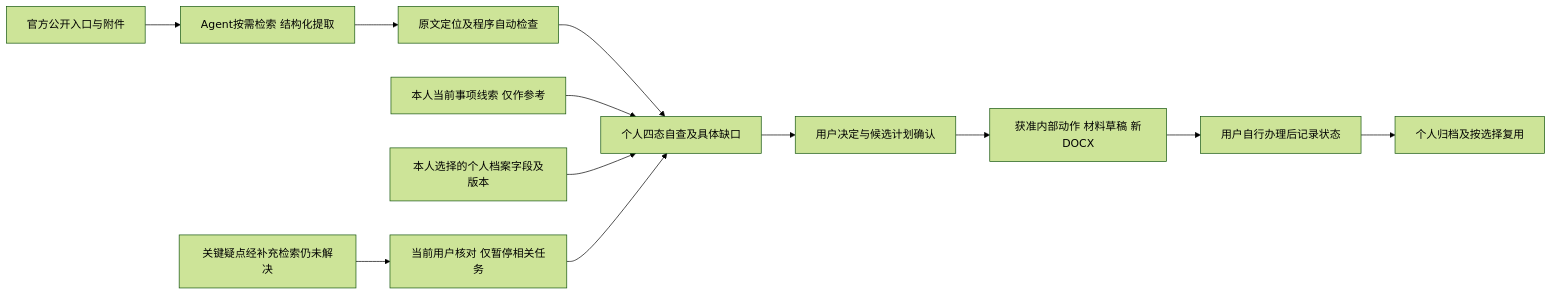
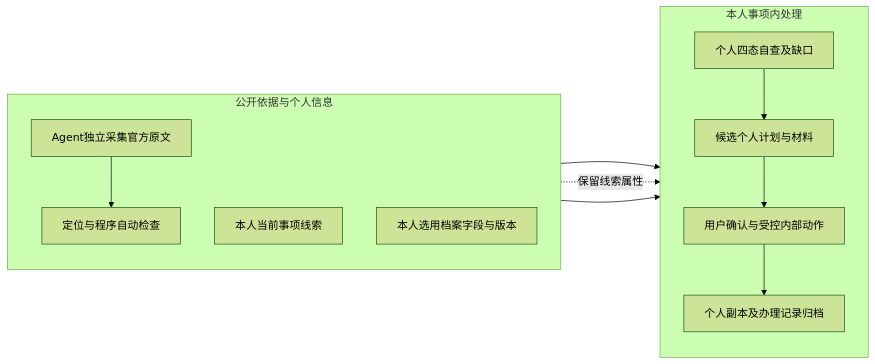
The diagram in docs/design/domain-rules/du-yuhe/diagrams/01_规则依据关联.mmd (LotteryCamp/OfferPilot), drawn with Mermaid (forest theme) before and after one commit. The commit also changed 12 other files, not shown here.

```diff
--- a/docs/design/domain-rules/du-yuhe/diagrams/01_规则依据关联.mmd
+++ b/docs/design/domain-rules/du-yuhe/diagrams/01_规则依据关联.mmd
@@ -1,12 +1,16 @@
 flowchart LR
-    O[官方公开入口与附件] --> A[Agent按需检索 结构化提取]
-    A --> C[原文定位及程序自动检查]
-    C --> R[个人四态自查及具体缺口]
-    W[本人当前事项线索 仅作参考] --> R
-    F[本人选择的个人档案字段及版本] --> R
-    R --> P[用户决定与候选计划确认]
-    P --> M[获准内部动作 材料草稿 新DOCX]
-    M --> U[用户自行办理后记录状态]
-    U --> E[个人归档及按选择复用]
-    X[关键疑点经补充检索仍未解决] --> Q[当前用户核对 仅暂停相关任务]
-    Q --> R
+    subgraph EVIDENCE[公开依据与个人信息]
+      direction TB
+      A[Agent独立采集官方原文] --> B[定位与程序自动检查]
+      D[本人当前事项线索]
+      E[本人选用档案字段与版本]
+    end
+    subgraph PERSONAL[本人事项内处理]
+      direction TB
+      C[个人四态自查及缺口] --> F[候选个人计划与材料]
+      F --> G[用户确认与受控内部动作]
+      G --> H[个人副本及办理记录归档]
+    end
+    B --> C
+    D -.保留线索属性.-> C
+    E --> C
```
